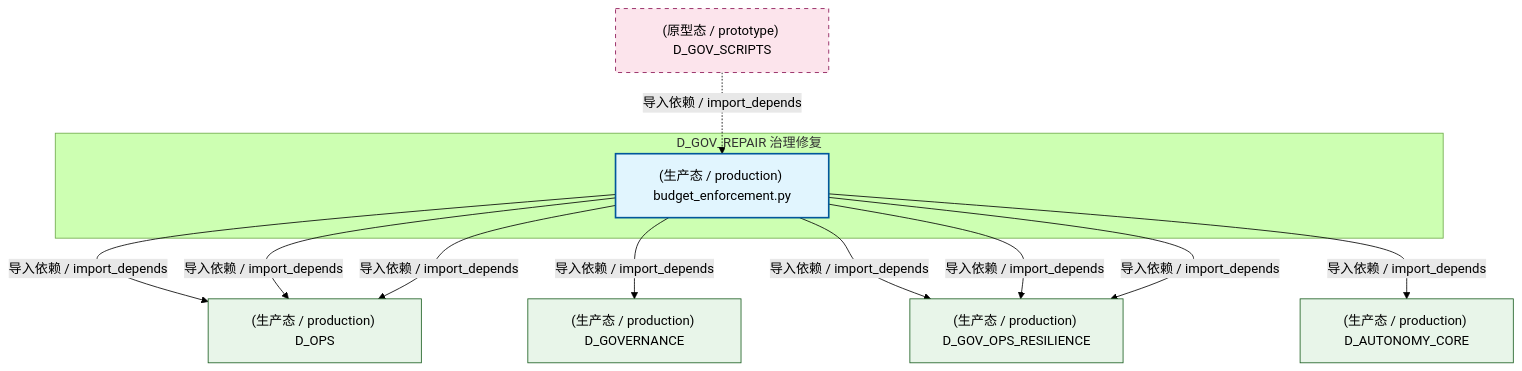
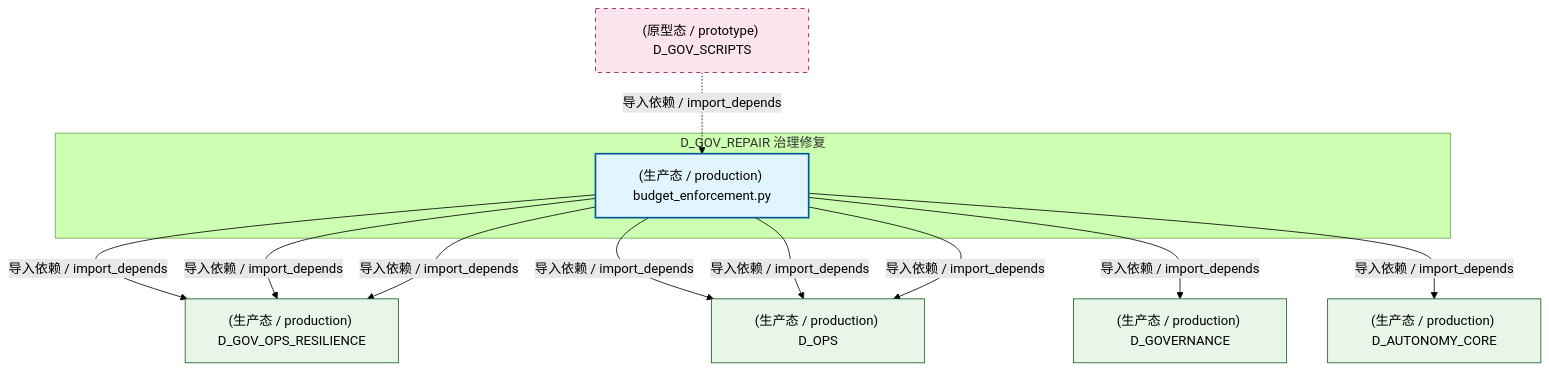
Before and after one commit to xuanFelixVan/ZephyrAlpha: the second of 3 diagrams in docs/02_enterprise_architecture/02_domain_architecture_docs/44_d_gov_repair.md, drawn with Mermaid (forest theme). The commit also changed other lines of this file and 101 other files, not shown here.

````diff
--- a/docs/02_enterprise_architecture/02_domain_architecture_docs/44_d_gov_repair.md
+++ b/docs/02_enterprise_architecture/02_domain_architecture_docs/44_d_gov_repair.md
@@ -95,27 +95,27 @@
 ```mermaid
 graph TD
     subgraph D_GOV_REPAIR["D_GOV_REPAIR 治理修复"]
         src_zephyr_governance_financial_governance_budget_enforcement_py["(生产态 / production) budget_enforcement.py"]
     end
+    D_GOV_OPS_RESILIENCE["(生产态 / production) D_GOV_OPS_RESILIENCE"]
+    src_zephyr_governance_financial_governance_budget_enforcement_py -->|导入依赖 / import_depends| D_GOV_OPS_RESILIENCE
     D_OPS["(生产态 / production) D_OPS"]
+    src_zephyr_governance_financial_governance_budget_enforcement_py -->|导入依赖 / import_depends| D_OPS
     src_zephyr_governance_financial_governance_budget_enforcement_py -->|导入依赖 / import_depends| D_OPS
     D_GOVERNANCE["(生产态 / production) D_GOVERNANCE"]
     src_zephyr_governance_financial_governance_budget_enforcement_py -->|导入依赖 / import_depends| D_GOVERNANCE
-    D_GOV_OPS_RESILIENCE["(生产态 / production) D_GOV_OPS_RESILIENCE"]
-    src_zephyr_governance_financial_governance_budget_enforcement_py -->|导入依赖 / import_depends| D_GOV_OPS_RESILIENCE
-    src_zephyr_governance_financial_governance_budget_enforcement_py -->|导入依赖 / import_depends| D_OPS
     src_zephyr_governance_financial_governance_budget_enforcement_py -->|导入依赖 / import_depends| D_GOV_OPS_RESILIENCE
     D_AUTONOMY_CORE["(生产态 / production) D_AUTONOMY_CORE"]
     src_zephyr_governance_financial_governance_budget_enforcement_py -->|导入依赖 / import_depends| D_AUTONOMY_CORE
     src_zephyr_governance_financial_governance_budget_enforcement_py -->|导入依赖 / import_depends| D_OPS
     src_zephyr_governance_financial_governance_budget_enforcement_py -->|导入依赖 / import_depends| D_GOV_OPS_RESILIENCE
     D_GOV_SCRIPTS["(原型态 / prototype) D_GOV_SCRIPTS"]
     D_GOV_SCRIPTS -.->|导入依赖 / import_depends| src_zephyr_governance_financial_governance_budget_enforcement_py
     classDef production fill:#e1f5fe,stroke:#01579b,stroke-width:2px,color:#000
     classDef design fill:#fff3e0,stroke:#e65100,stroke-width:2px,color:#000,stroke-dasharray: 5 5
     classDef external_prod fill:#e8f5e9,stroke:#1b5e20,stroke-width:1px,color:#000
     classDef external_design fill:#fce4ec,stroke:#880e4f,stroke-width:1px,color:#000,stroke-dasharray: 5 5
     class src_zephyr_governance_financial_governance_budget_enforcement_py production
-    class D_OPS,D_GOVERNANCE,D_GOV_OPS_RESILIENCE,D_AUTONOMY_CORE external_prod
+    class D_GOV_OPS_RESILIENCE,D_OPS,D_GOVERNANCE,D_AUTONOMY_CORE external_prod
     class D_GOV_SCRIPTS external_design
 ```
````
